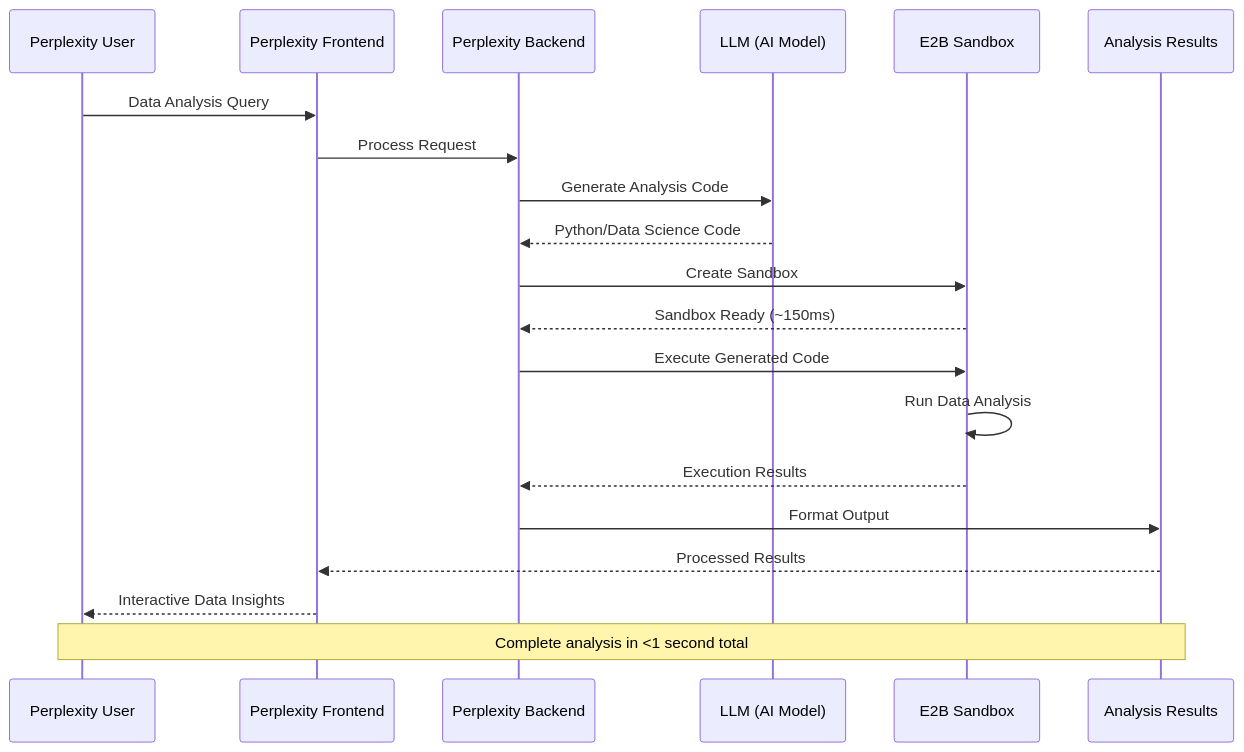
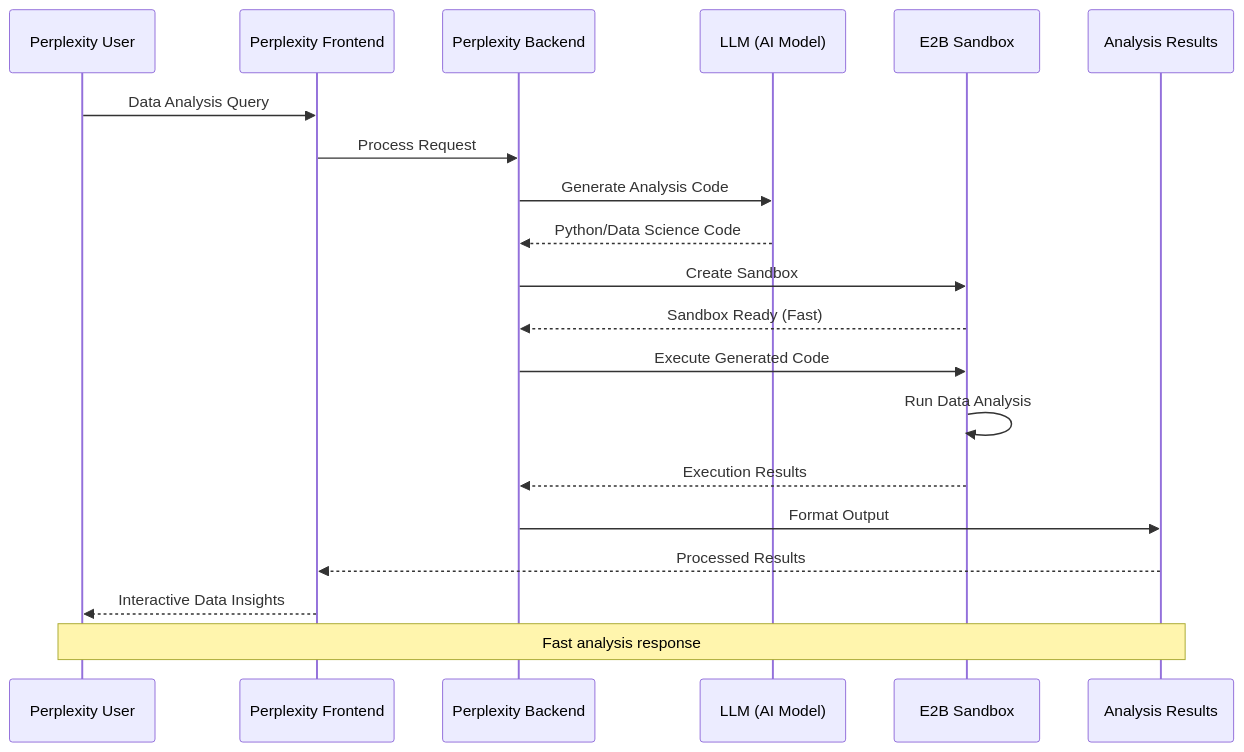
The seventh of 9 diagrams in breakdown/e2b.md (dwarvesf/research), drawn with Mermaid before and after one commit. The commit also changed other lines of this file, not shown here.

````diff
--- a/breakdown/e2b.md
+++ b/breakdown/e2b.md
@@ -497,27 +557,27 @@
 ```mermaid
 sequenceDiagram
     participant User as Perplexity User
     participant Frontend as Perplexity Frontend
     participant Backend as Perplexity Backend
     participant LLM as LLM (AI Model)
     participant E2B as E2B Sandbox
     participant Results as Analysis Results
 
     User->>Frontend: Data Analysis Query
     Frontend->>Backend: Process Request
     Backend->>LLM: Generate Analysis Code
     LLM-->>Backend: Python/Data Science Code
 
     Backend->>E2B: Create Sandbox
-    E2B-->>Backend: Sandbox Ready (~150ms)
+    E2B-->>Backend: Sandbox Ready (Fast)
 
     Backend->>E2B: Execute Generated Code
     E2B->>E2B: Run Data Analysis
     E2B-->>Backend: Execution Results
 
     Backend->>Results: Format Output
     Results-->>Frontend: Processed Results
     Frontend-->>User: Interactive Data Insights
 
-    Note over User,Results: Complete analysis in <1 second total
+    Note over User,Results: Fast analysis response
 ```
````
